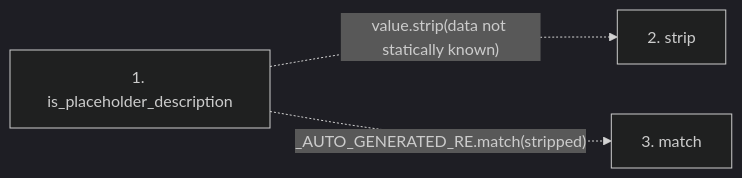
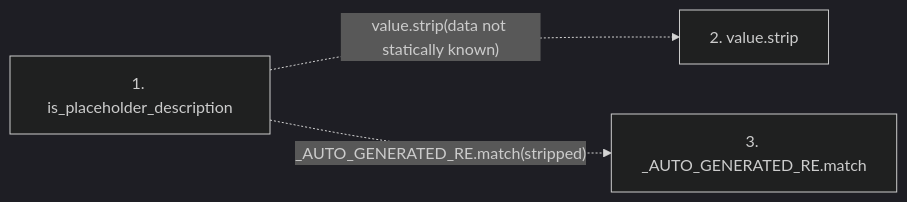
The second of 2 diagrams in docs/llm_wiki/flows/api-is_placeholder_description.md (Denissvgn/python-wiki-llm), drawn with Mermaid (dark theme) before and after one commit. The commit also changed other lines of this file and 719 other files, not shown here.

````diff
--- a/docs/llm_wiki/flows/api-is_placeholder_description.md
+++ b/docs/llm_wiki/flows/api-is_placeholder_description.md
@@ -22,9 +22,9 @@
 ```mermaid
 flowchart LR
     s1["1. is_placeholder_description"]
-    s2["2. strip"]
-    s3["3. match"]
+    s2["2. value.strip"]
+    s3["3. _AUTO_GENERATED_RE.match"]
     s1 -. "value.strip(data not statically known)" .-> s2
     s1 -. "_AUTO_GENERATED_RE.match(stripped)" .-> s3
     click s1 "../modules/markdown_sections.md"
 ```
````
